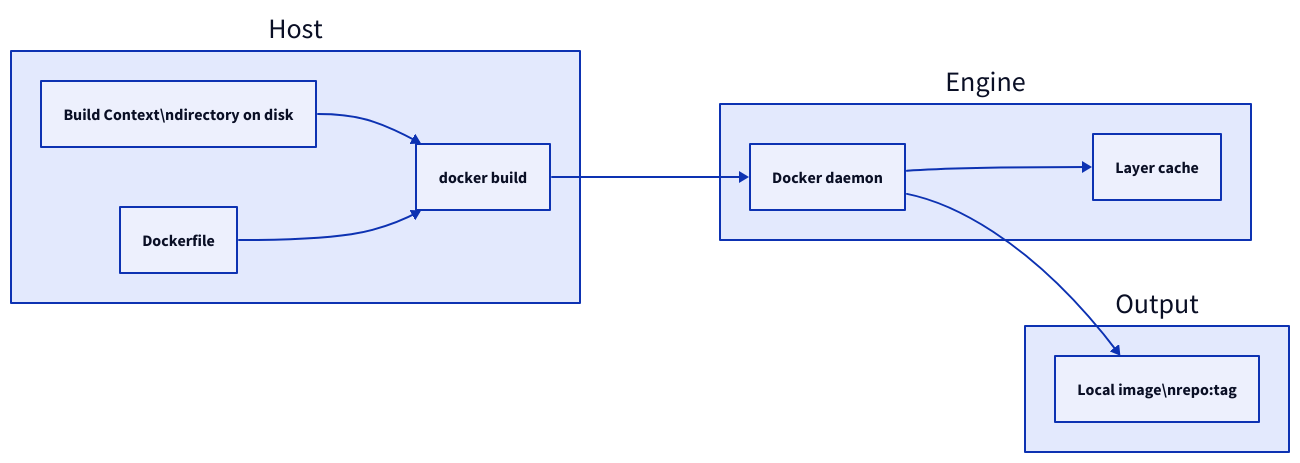
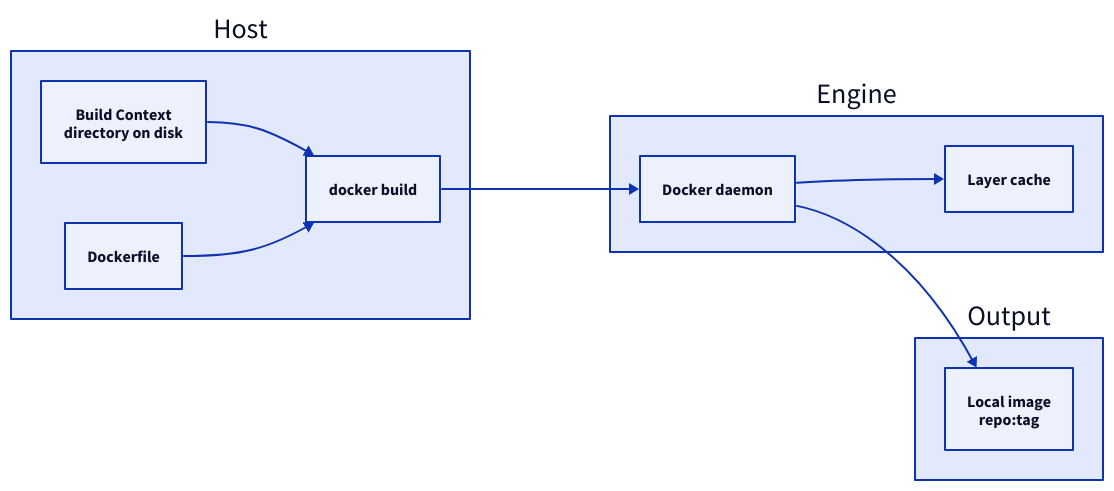
One commit to rebash-rebash/rebash-academy changed the diagram in docs/docker/building-images-with-dockerfile.md. Above: the diagram before and after it, drawn with D2. The commit also changed 177 other files, not shown here.

First line of the commit message:
Ship Terraform track, diagram polish, and new brand favicon.

````diff
--- a/docs/docker/building-images-with-dockerfile.md
+++ b/docs/docker/building-images-with-dockerfile.md
@@ -50,21 +50,21 @@
 ```d2
 direction: right
 
 Host: Host {
-        CTX: "Build Context\\ndirectory on disk"
+        CTX: "Build Context\ndirectory on disk"
         DF: Dockerfile
         CLI: "docker build"
     }
     Engine: Engine {
         DA: "Docker daemon"
         CACHE: "Layer cache"
     }
     Output: Output {
-        IMG: "Local image\\nrepo:tag"
+        IMG: "Local image\nrepo:tag"
     }
     Host.CTX -> Host.CLI
     Host.DF -> Host.CLI
     Host.CLI -> Engine.DA
     Engine.DA -> Engine.CACHE
     Engine.DA -> Output.IMG
 ```
````
